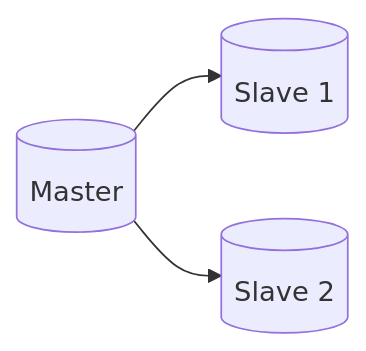
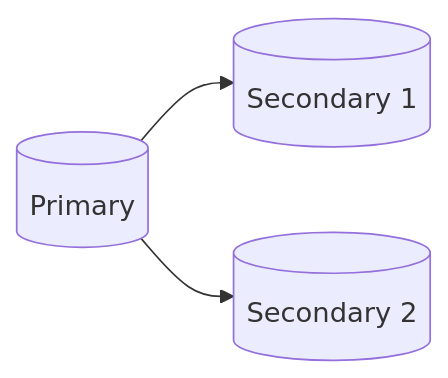
The diagram in group-replication/README.md (danilhendrasr/mysql-replication-experiment), drawn with Mermaid before and after one commit. The commit also changed other lines of this file and 2 other files, not shown here.

Commit message:
refactor(group-replication): replace master-slave terms with primary-secondary

````diff
--- a/group-replication/README.md
+++ b/group-replication/README.md
@@ -6,8 +6,8 @@
 ```mermaid
 flowchart LR
-  master[(Master)]
-  slave1[(Slave 1)]
-  slave2[(Slave 2)]
-  master-->slave1
-  master-->slave2
+  primary[(Primary)]
+  secondary1[(Secondary 1)]
+  secondary2[(Secondary 2)]
+  primary-->secondary1
+  primary-->secondary2
 ```
````
